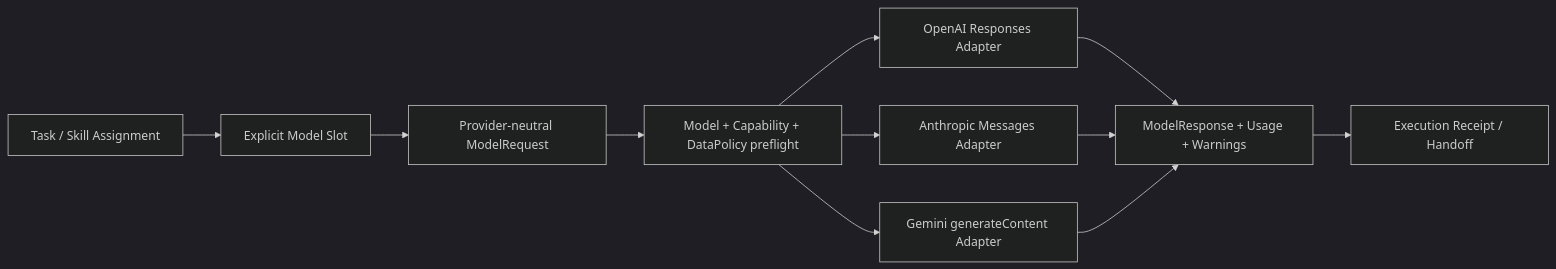
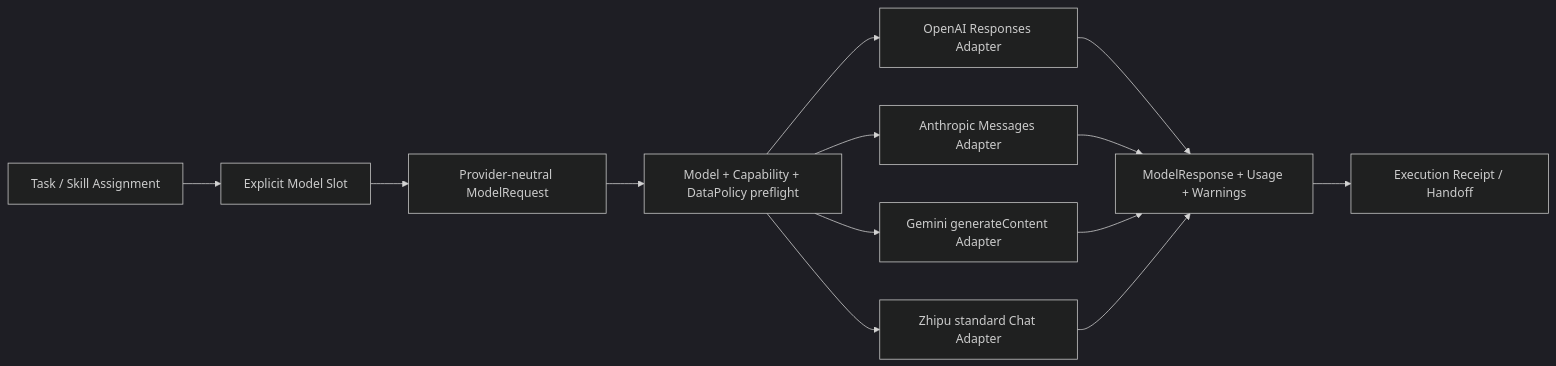
The diagram in docs/implementation/PROVIDER_ADAPTER_PLAN.md (Chengyue-Lu/research-agent-workbench), drawn with Mermaid (dark theme) before and after one commit. The commit also changed other lines of this file and 15 other files, not shown here.

Commit message:
Add conservative Zhipu standard API adapter

````diff
--- a/docs/implementation/PROVIDER_ADAPTER_PLAN.md
+++ b/docs/implementation/PROVIDER_ADAPTER_PLAN.md
@@ -13,13 +13,15 @@
 ```mermaid
 flowchart LR
   Task["Task / Skill Assignment"] --> Slot["Explicit Model Slot"]
   Slot --> Port["Provider-neutral ModelRequest"]
   Port --> Gate["Model + Capability + DataPolicy preflight"]
   Gate --> OA["OpenAI Responses Adapter"]
   Gate --> AN["Anthropic Messages Adapter"]
   Gate --> GE["Gemini generateContent Adapter"]
+  Gate --> ZP["Zhipu standard Chat Adapter"]
   OA --> Result["ModelResponse + Usage + Warnings"]
   AN --> Result
   GE --> Result
+  ZP --> Result
   Result --> Receipt["Execution Receipt / Handoff"]
 ```
````
